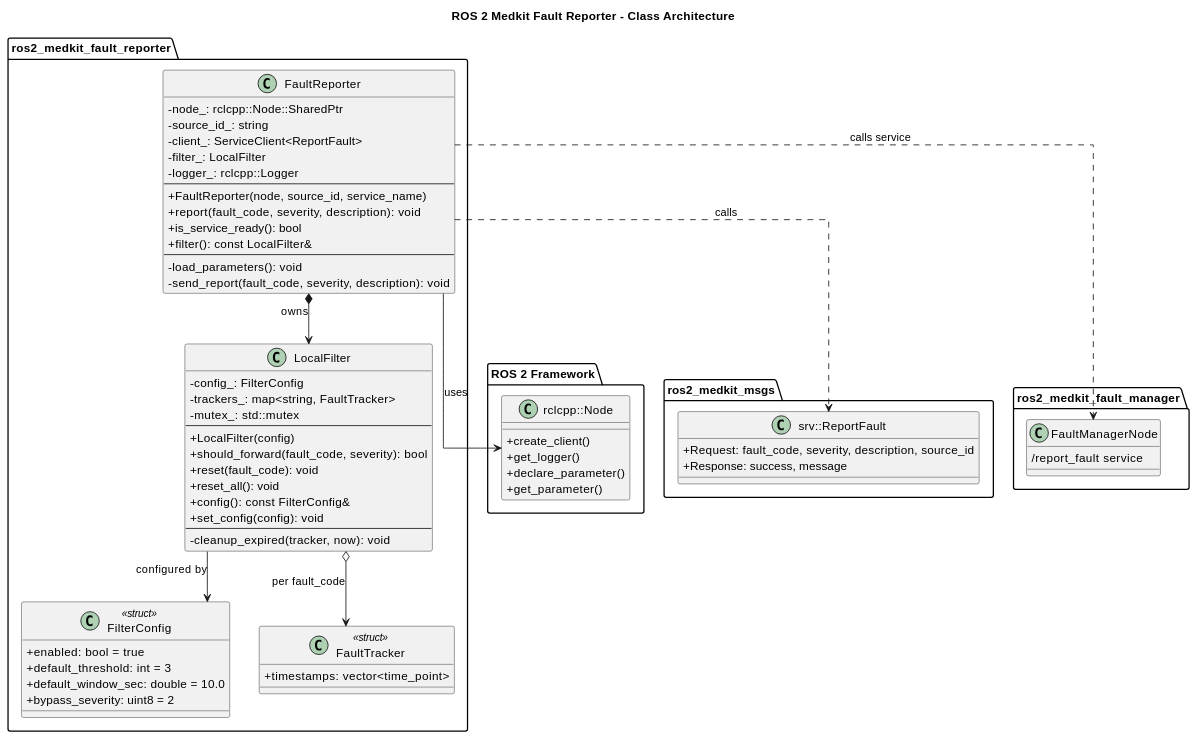
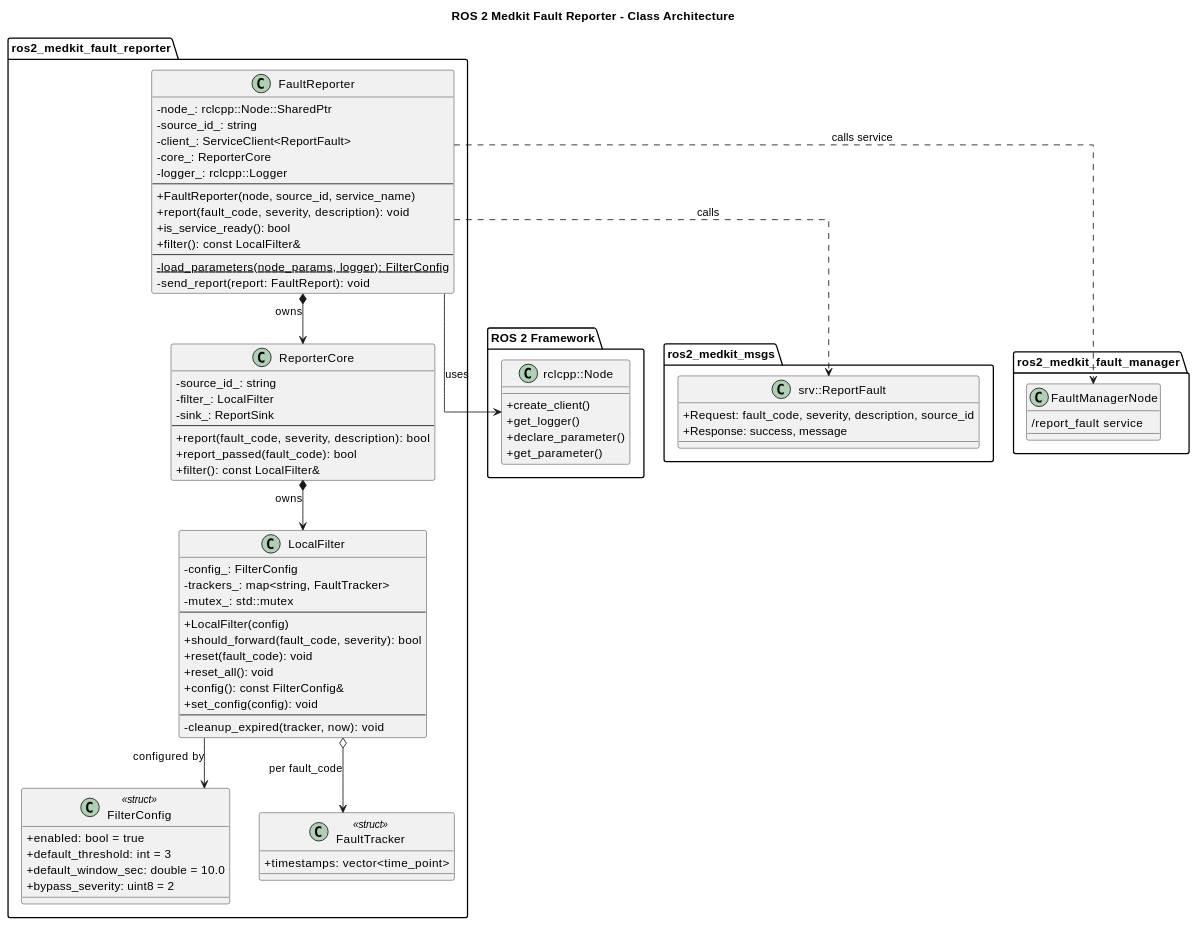
One commit to selfpatch/ros2_medkit changed the diagram in src/ros2_medkit_fault_reporter/design/index.rst. Above: the diagram before and after it, drawn with PlantUML. The commit also changed other lines of this file and 23 other files, not shown here.

First line of the commit message:
refactor(fault_reporter): split the reporting logic into a ROS-free core

```diff
--- a/src/ros2_medkit_fault_reporter/design/index.rst
+++ b/src/ros2_medkit_fault_reporter/design/index.rst
@@ -47,7 +47,7 @@
            - node_: rclcpp::Node::SharedPtr
            - source_id_: string
            - client_: ServiceClient<ReportFault>
-           - filter_: LocalFilter
+           - core_: ReporterCore
            - logger_: rclcpp::Logger
            --
            + FaultReporter(node, source_id, service_name)
@@ -55,8 +55,18 @@
            + is_service_ready(): bool
            + filter(): const LocalFilter&
            --
-           - load_parameters(): void
-           - send_report(fault_code, severity, description): void
+           - load_parameters(node_params, logger): FilterConfig {static}
+           - send_report(report: FaultReport): void
+       }
+
+       class ReporterCore {
+           - source_id_: string
+           - filter_: LocalFilter
+           - sink_: ReportSink
+           --
+           + report(fault_code, severity, description): bool
+           + report_passed(fault_code): bool
+           + filter(): const LocalFilter&
        }
 
        class LocalFilter {
@@ -94,7 +104,8 @@
 
    ' Relationships
    FaultReporter --> "rclcpp::Node" : uses
-   FaultReporter *-down-> LocalFilter : owns
+   FaultReporter *-down-> ReporterCore : owns
+   ReporterCore *-down-> LocalFilter : owns
    LocalFilter --> FilterConfig : configured by
    LocalFilter o--> FaultTracker : per fault_code
    FaultReporter ..> "srv::ReportFault" : calls
```
